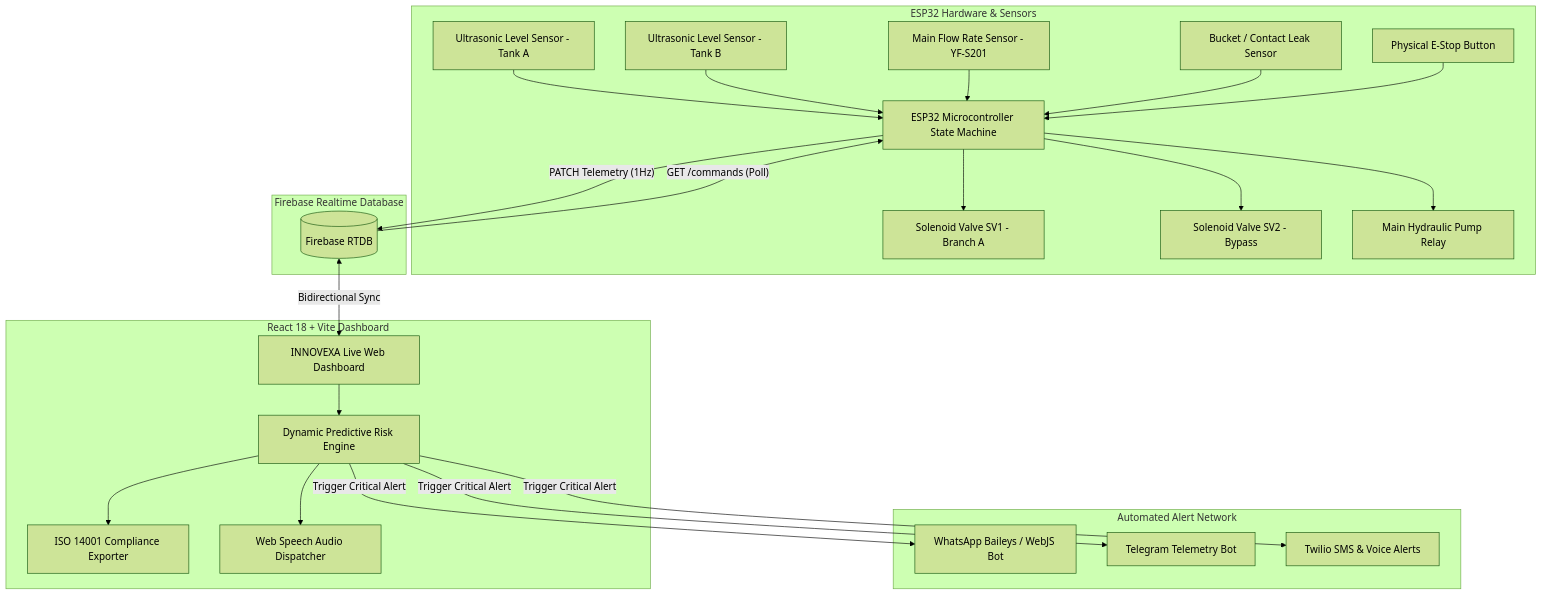
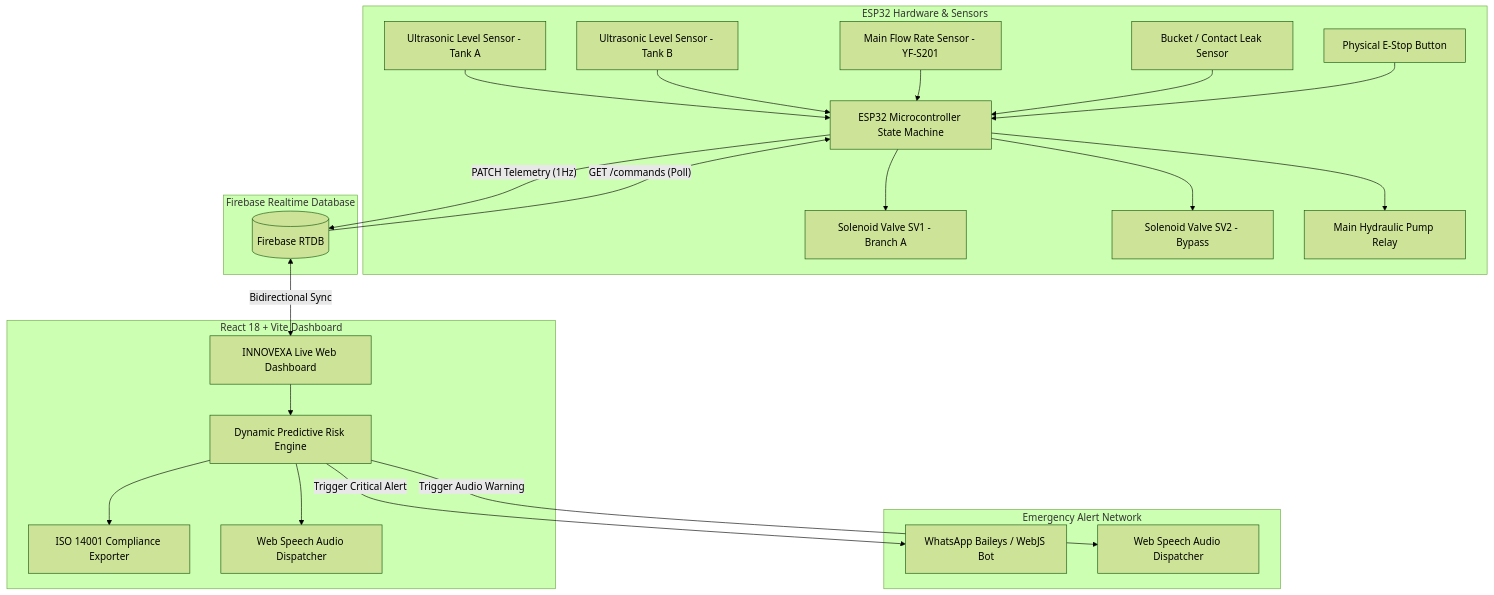
Before and after one commit to BabySreeM/INNOVEXA_3: the diagram in README.md, drawn with Mermaid (forest theme). The commit also changed other lines of this file, not shown here.

Commit message:
docs: Update Team INNOVEXA roles and focus on WhatsApp telemetry in README

````diff
--- a/README.md
+++ b/README.md
@@ -52,51 +52,49 @@
 ```mermaid
 flowchart TB
     subgraph Hardware Layer [ESP32 Hardware & Sensors]
         US1[Ultrasonic Level Sensor - Tank A]
         US2[Ultrasonic Level Sensor - Tank B]
         FL1[Main Flow Rate Sensor - YF-S201]
         LS1[Bucket / Contact Leak Sensor]
         ES1[Physical E-Stop Button]
         ESP32[ESP32 Microcontroller State Machine]
         SV1[Solenoid Valve SV1 - Branch A]
         SV2[Solenoid Valve SV2 - Bypass]
         PUMP[Main Hydraulic Pump Relay]
 
         US1 --> ESP32
         US2 --> ESP32
         FL1 --> ESP32
         LS1 --> ESP32
         ES1 --> ESP32
         ESP32 --> SV1
         ESP32 --> SV2
         ESP32 --> PUMP
     end
 
     subgraph Cloud Telemetry Layer [Firebase Realtime Database]
         RTDB[(Firebase RTDB)]
         ESP32 -- "PATCH Telemetry (1Hz)" --> RTDB
         RTDB -- "GET /commands (Poll)" --> ESP32
     end
 
     subgraph AI Engine & Web Dashboard [React 18 + Vite Dashboard]
         UI[INNOVEXA Live Web Dashboard]
         AI[Dynamic Predictive Risk Engine]
         ISO[ISO 14001 Compliance Exporter]
         SPEECH[Web Speech Audio Dispatcher]
 
         RTDB <-->|Bidirectional Sync| UI
         UI --> AI
         AI --> ISO
         AI --> SPEECH
     end
 
-    subgraph Multi-Channel Emergency Dispatchers [Automated Alert Network]
+    subgraph Automated Telemetry Dispatchers [Emergency Alert Network]
         WA[WhatsApp Baileys / WebJS Bot]
-        TG[Telegram Telemetry Bot]
-        TW[Twilio SMS & Voice Alerts]
+        AUDIO[Web Speech Audio Dispatcher]
 
         AI -- "Trigger Critical Alert" --> WA
-        AI -- "Trigger Critical Alert" --> TG
-        AI -- "Trigger Critical Alert" --> TW
+        AI -- "Trigger Audio Warning" --> AUDIO
     end
 ```
````
